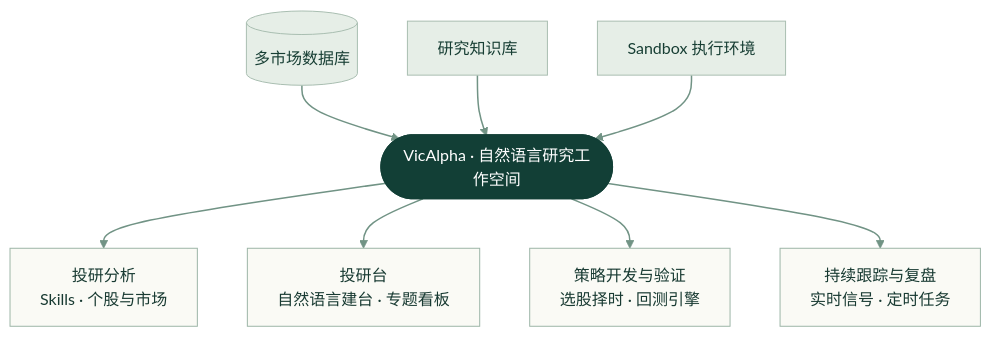
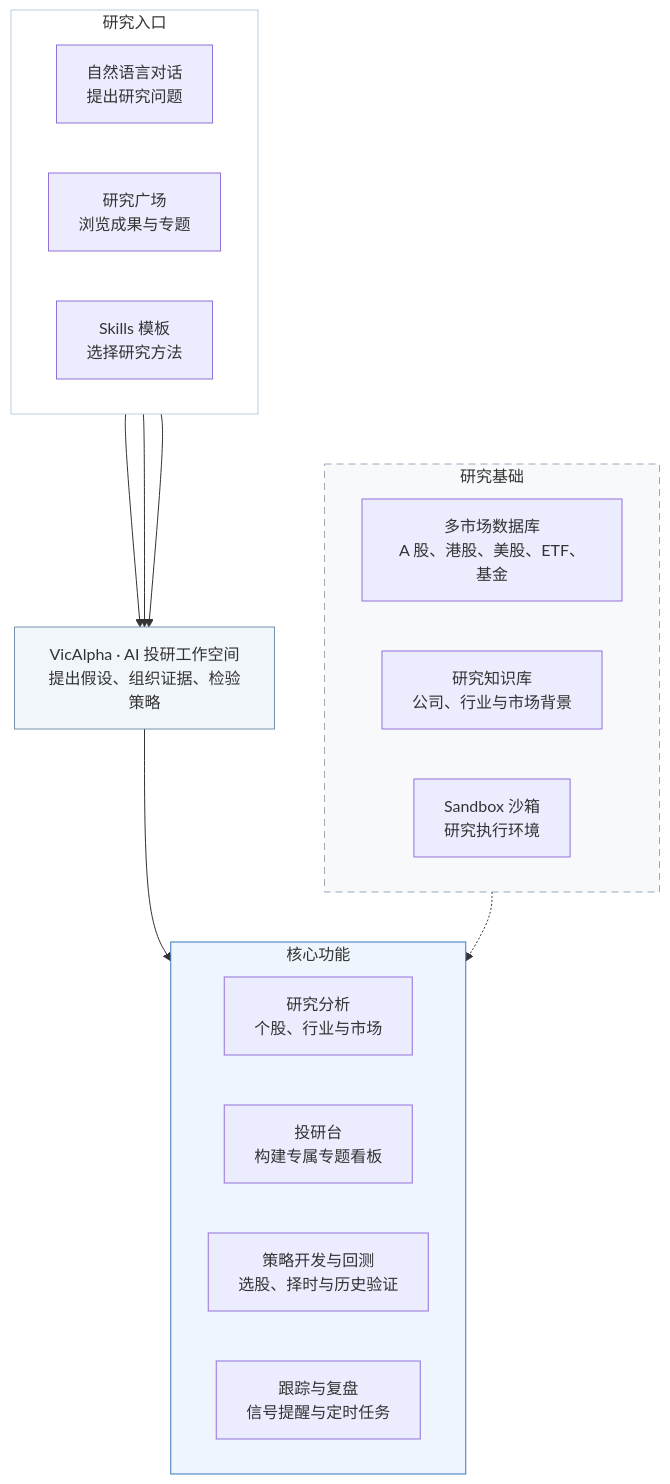
One commit to piuup/vicalpha-agent changed the diagram in images/platform-structure.mmd. Above: the diagram before and after it, drawn with Mermaid. The commit also changed 6 other files, not shown here.

Commit message:
Present research entry points, workspace, tools and foundations in a layered diagram

```diff
--- a/images/platform-structure.mmd
+++ b/images/platform-structure.mmd
@@ -1,16 +1,30 @@
 flowchart TB
-    D[("多市场数据库")] --> W
-    K["研究知识库"] --> W
-    S["Sandbox 执行环境"] --> W
-    W(["VicAlpha · 自然语言研究工作空间"])
-    W --> R["投研分析<br/>Skills · 个股与市场"]
-    W --> B["投研台<br/>自然语言建台 · 专题看板"]
-    W --> T["策略开发与验证<br/>选股择时 · 回测引擎"]
-    W --> A["持续跟踪与复盘<br/>实时信号 · 定时任务"]
-    classDef core fill:#123f36,color:#ffffff,stroke:#123f36,stroke-width:2px;
-    classDef base fill:#e6eee7,color:#173e34,stroke:#a9beb1;
-    classDef tool fill:#fafaf5,color:#183a32,stroke:#9cb5a7;
-    class W core;
-    class D,K,S base;
-    class R,B,T,A tool;
-    linkStyle default stroke:#719385,stroke-width:1.5px;
+    subgraph entry["研究入口"]
+        direction LR
+        chat["自然语言对话<br/>提出研究问题"]
+        plaza["研究广场<br/>浏览成果与专题"]
+        skills["Skills 模板<br/>选择研究方法"]
+    end
+    subgraph core["核心功能"]
+        direction LR
+        research["研究分析<br/>个股、行业与市场"]
+        desk["投研台<br/>构建专属专题看板"]
+        strategy["策略开发与回测<br/>选股、择时与历史验证"]
+        monitor["跟踪与复盘<br/>信号提醒与定时任务"]
+    end
+    subgraph base["研究基础"]
+        direction LR
+        db["多市场数据库<br/>A 股、港股、美股、ETF、基金"]
+        kb["研究知识库<br/>公司、行业与市场背景"]
+        sandbox["Sandbox 沙箱<br/>研究执行环境"]
+    end
+    workspace["VicAlpha · AI 投研工作空间<br/>提出假设、组织证据、检验策略"]
+    chat --> workspace
+    plaza --> workspace
+    skills --> workspace
+    workspace --> core
+    base -.-> core
+    style entry fill:#ffffff,stroke:#bdcddd
+    style workspace fill:#f1f6fb,stroke:#7691ac
+    style core fill:#eef5fc,stroke:#3c78bf
+    style base fill:#f7f9fb,stroke:#98aabf,stroke-dasharray: 7 5
```
